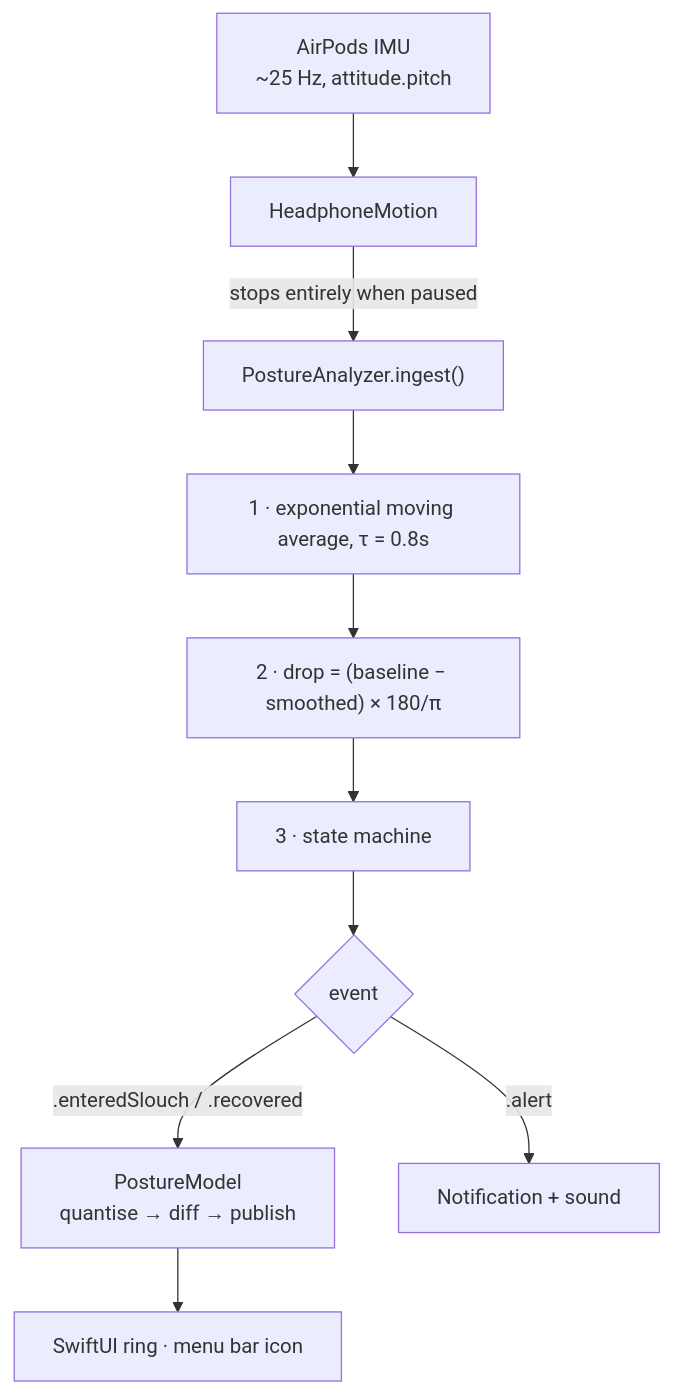
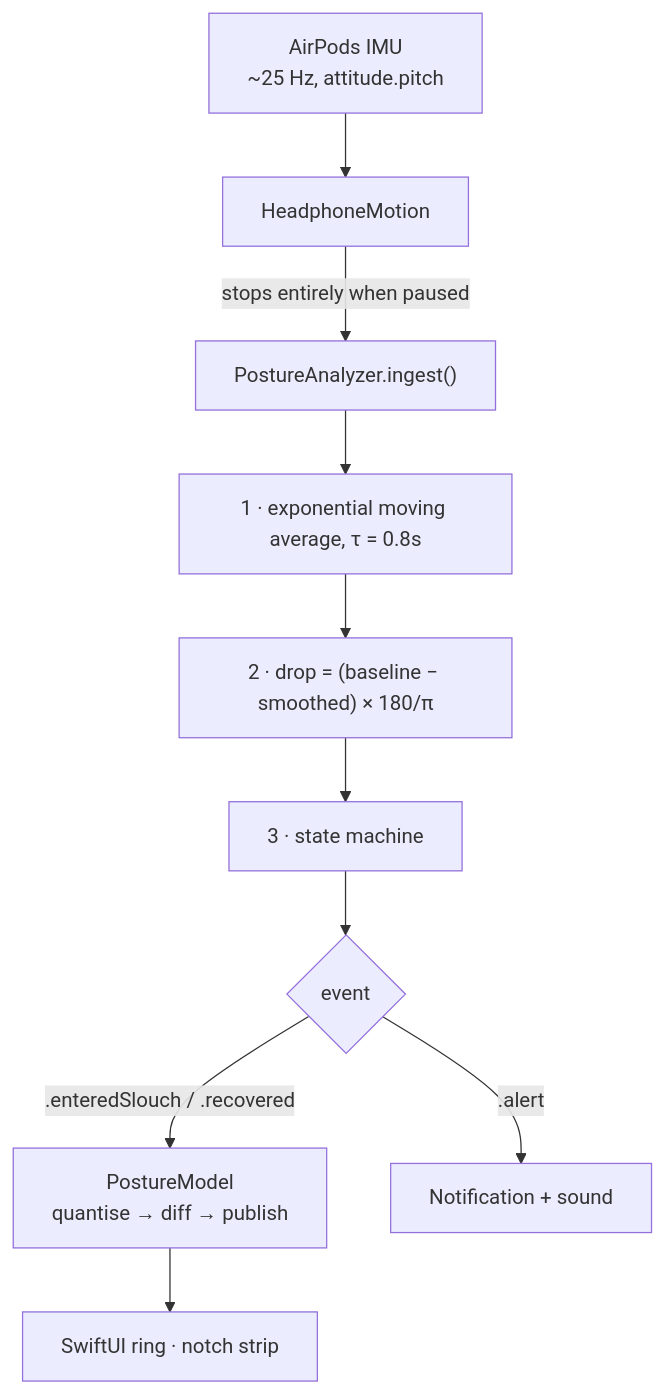
One commit to einargudnig/posture changed the diagram in README.md. Above: the diagram before and after it, drawn with Mermaid. The commit also changed other lines of this file and 6 other files, not shown here.

First line of the commit message:
Remove the last of the menu bar

````diff
--- a/README.md
+++ b/README.md
@@ -57,12 +57,12 @@
 ```mermaid
 flowchart TD
     A["AirPods IMU<br/>~25 Hz, attitude.pitch"] --> B[HeadphoneMotion]
     B -->|"stops entirely when paused"| C["PostureAnalyzer.ingest()"]
     C --> D["1 · exponential moving average, τ = 0.8s"]
     D --> E["2 · drop = (baseline − smoothed) × 180/π"]
     E --> F["3 · state machine"]
     F --> G{"event"}
     G -->|.enteredSlouch / .recovered| H["PostureModel<br/>quantise → diff → publish"]
     G -->|.alert| I["Notification + sound"]
-    H --> J["SwiftUI ring · menu bar icon"]
+    H --> J["SwiftUI ring · notch strip"]
 ```
````
